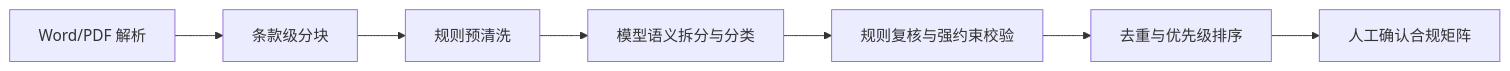
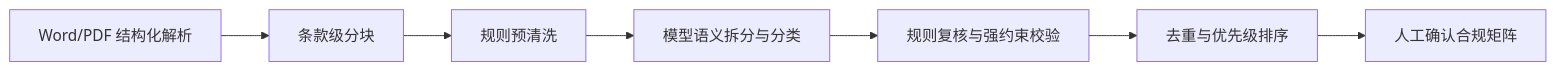
Before and after one commit to Itachi482244/pxss_bid_agent: the diagram in 投标Agent MVP-v1.1需求规划.md, drawn with Mermaid. The commit also changed other lines of this file and 25 other files, not shown here.

````diff
--- a/投标Agent MVP-v1.1需求规划.md
+++ b/投标Agent MVP-v1.1需求规划.md
@@ -47,9 +62,9 @@
 ```mermaid
 flowchart LR
-  A["Word/PDF 解析"] --> B["条款级分块"]
+  A["Word/PDF 结构化解析"] --> B["条款级分块"]
   B --> C["规则预清洗"]
   C --> D["模型语义拆分与分类"]
   D --> E["规则复核与强约束校验"]
   E --> F["去重与优先级排序"]
   F --> G["人工确认合规矩阵"]
 ```
````
